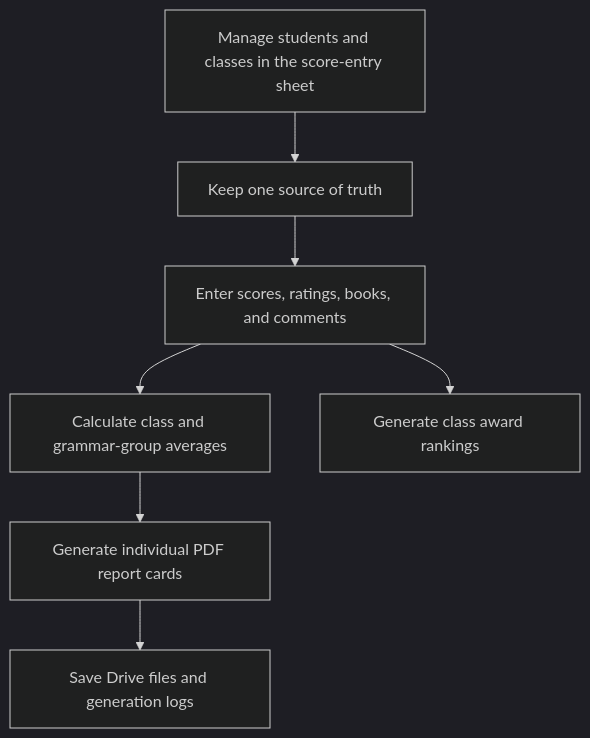
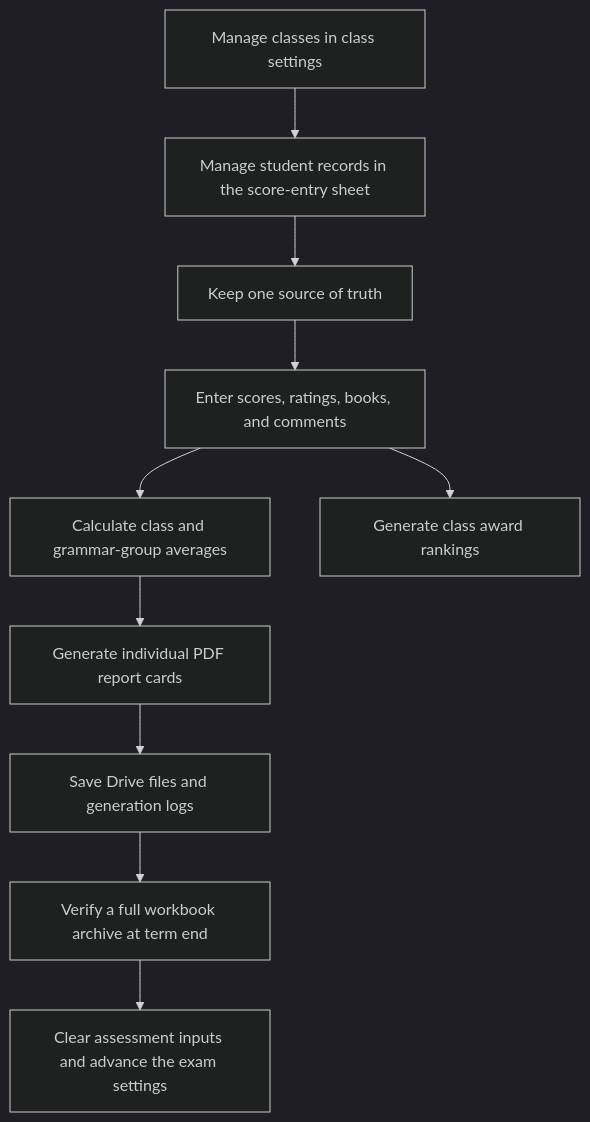
Before and after one commit to peter246412-tech/academy-report-card-automation: the diagram in README.md, drawn with Mermaid (dark theme). The commit also changed other lines of this file and 4 other files, not shown here.

````diff
--- a/README.md
+++ b/README.md
@@ -27,9 +31,12 @@
 ```mermaid
 flowchart TD
-    A[Manage students and classes in the score-entry sheet] --> B[Keep one source of truth]
+    A[Manage student records in the score-entry sheet] --> B[Keep one source of truth]
+    J[Manage classes in class settings] --> A
     B --> C[Enter scores, ratings, books, and comments]
     C --> D[Calculate class and grammar-group averages]
     D --> E[Generate individual PDF report cards]
     C --> F[Generate class award rankings]
     E --> G[Save Drive files and generation logs]
+    G --> H[Verify a full workbook archive at term end]
+    H --> I[Clear assessment inputs and advance the exam settings]
 ```
````
